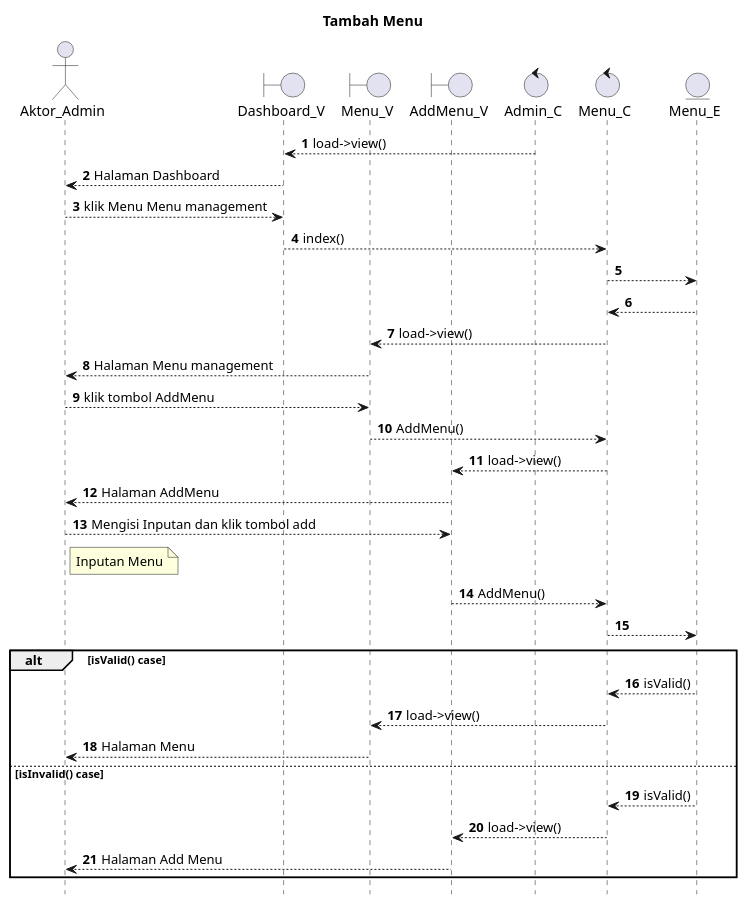
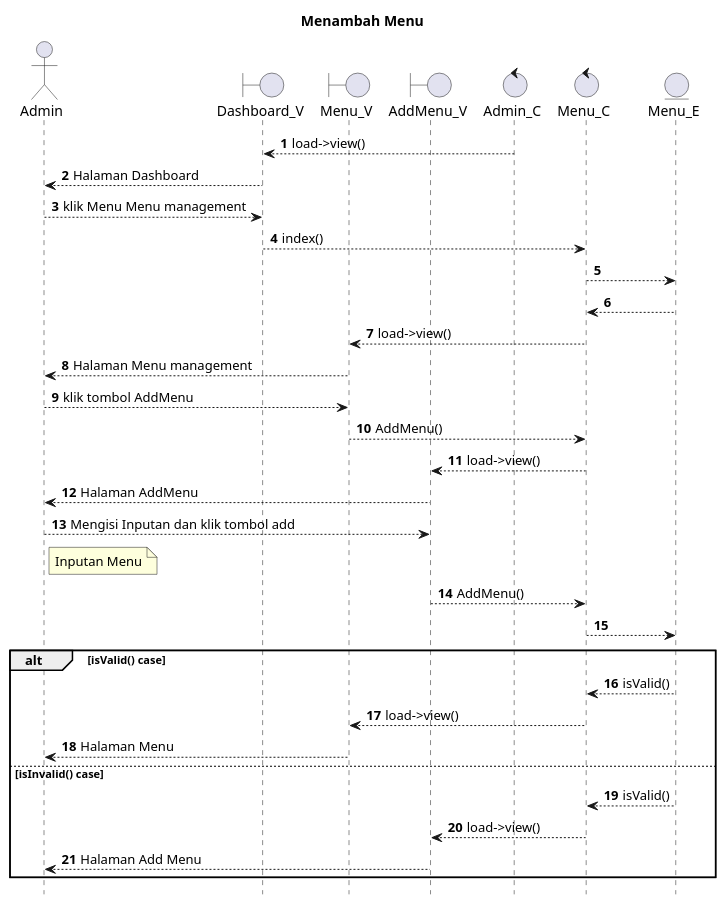
One commit to kurniado729/sistem_kp changed the diagram in SELAIN SISTEM/UML/SEQUENCE/admin/addmenu.puml. Above: the diagram before and after it, drawn with PlantUML. The commit also changed 31 other files, not shown here.

Commit message:
masukkan sequence di laporan

```diff
--- a/SELAIN SISTEM/UML/SEQUENCE/admin/addmenu.puml
+++ b/SELAIN SISTEM/UML/SEQUENCE/admin/addmenu.puml
@@ -1,50 +1,50 @@
 @startuml
 
 autonumber
 hide footbox
-title Tambah Menu
+title Menambah Menu
 
-Actor Aktor_Admin
+Actor Admin
 boundary Dashboard_V
 boundary Menu_V
 boundary AddMenu_V
 control Admin_C
 control Menu_C
 Entity Menu_E
 
 Admin_C --> Dashboard_V: load->view()
-Dashboard_V --> Aktor_Admin: Halaman Dashboard
-Aktor_Admin --> Dashboard_V: klik Menu Menu management
+Dashboard_V --> Admin: Halaman Dashboard
+Admin --> Dashboard_V: klik Menu Menu management
 Dashboard_V --> Menu_C: index()
 Menu_C --> Menu_E:
     
     Menu_E --> Menu_C:
     Menu_C --> Menu_V: load->view()
-    Menu_V --> Aktor_Admin: Halaman Menu management
+    Menu_V --> Admin: Halaman Menu management
 
-Aktor_Admin --> Menu_V: klik tombol AddMenu
+Admin --> Menu_V: klik tombol AddMenu
 Menu_V --> Menu_C: AddMenu()
 Menu_C --> AddMenu_V: load->view()
-AddMenu_V --> Aktor_Admin: Halaman AddMenu
+AddMenu_V --> Admin: Halaman AddMenu
 
-Aktor_Admin --> AddMenu_V: Mengisi Inputan dan klik tombol add
-    note right of Aktor_Admin
+Admin --> AddMenu_V: Mengisi Inputan dan klik tombol add
+    note right of Admin
         Inputan Menu
             end note
 AddMenu_V --> Menu_C: AddMenu()
 Menu_C --> Menu_E:
 
 alt isValid() case
     
     Menu_E --> Menu_C: isValid()
     Menu_C --> Menu_V: load->view()
-    Menu_V --> Aktor_Admin: Halaman Menu
+    Menu_V --> Admin: Halaman Menu
 
 else isInvalid() case
     
     Menu_E --> Menu_C: isValid()
     Menu_C --> AddMenu_V: load->view()
-    AddMenu_V --> Aktor_Admin: Halaman Add Menu
+    AddMenu_V --> Admin: Halaman Add Menu
 
 end
 @enduml
```
